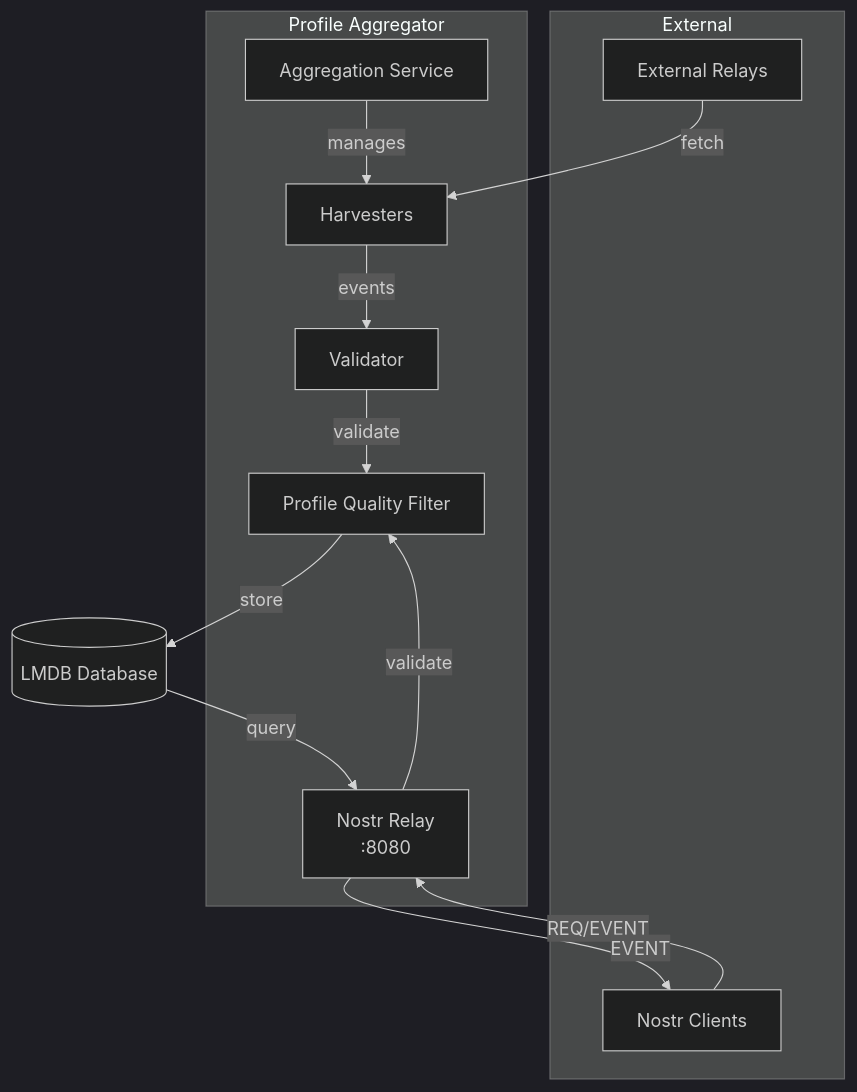
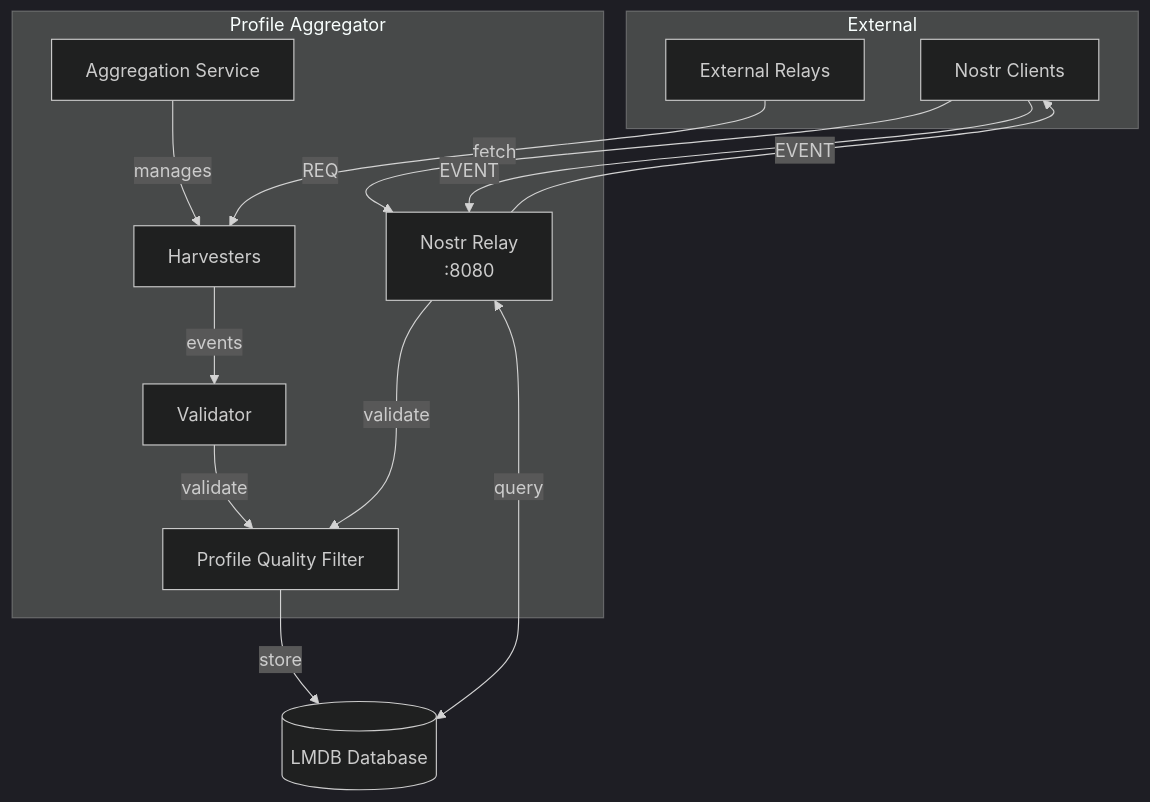
Before and after one commit to verse-pbc/profile_aggregator: the diagram in README.md, drawn with Mermaid (dark theme). The commit also changed other lines of this file, not shown here.

Commit message:
Fix diagram arrow directions for REQ/EVENT flow
- Separate REQ and EVENT arrows to show correct client-server flow
- REQ: client queries server for events
- EVENT: client sends events to server, server sends events to client
- Add bidirectional query arrow between relay and database
- Keep 'Aggregation Service' name as it manages the overall process

````diff
--- a/README.md
+++ b/README.md
@@ -7,29 +7,30 @@
 ```mermaid
 graph TD
     subgraph "External"
         ER[External Relays]
         NC[Nostr Clients]
     end
     
     subgraph "Profile Aggregator"
         NR[Nostr Relay<br/>:8080]
         AS[Aggregation Service]
         H[Harvesters]
         V[Validator]
         PQF[Profile Quality Filter]
     end
     
     DB[(LMDB Database)]
     
     ER -->|fetch| H
     H -->|events| V
     V -->|validate| PQF
     AS -->|manages| H
     
-    NC -->|REQ/EVENT| NR
+    NC -->|REQ| NR
+    NC -->|EVENT| NR
     NR -->|validate| PQF
     
     PQF -->|store| DB
-    DB -->|query| NR
     NR -->|EVENT| NC
+    NR <-->|query| DB
 ```
````
